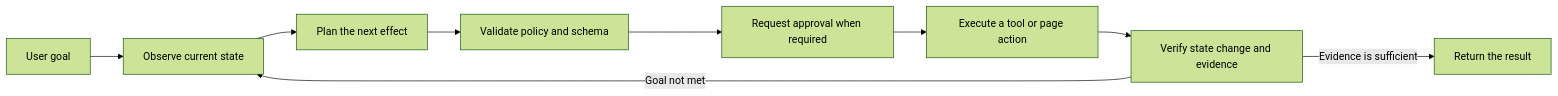
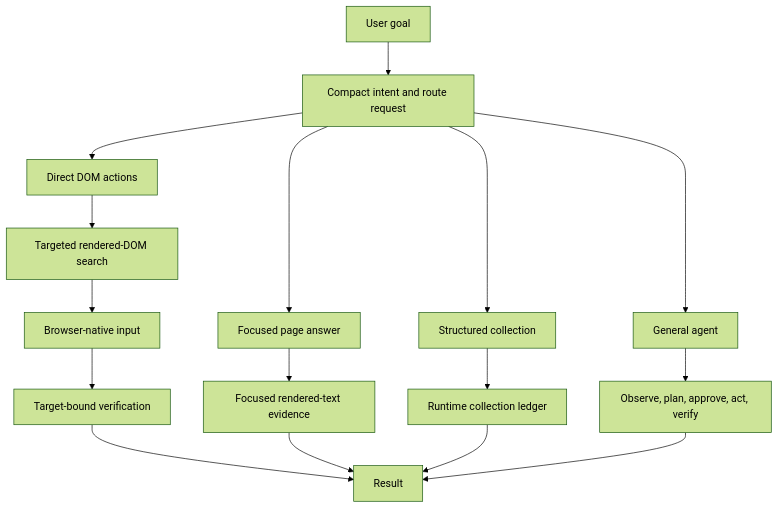
One commit to efficjump/my-assistant-web-plugin changed the first of 2 diagrams in README.md. Above: the diagram before and after it, drawn with Mermaid (forest theme). The commit also changed other lines of this file and 17 other files, not shown here.

Commit message:
Rebuild browser execution around DOM-first routing

````diff
--- a/README.md
+++ b/README.md
@@ -25,11 +25,18 @@
 ```mermaid
-flowchart LR
-    U["User goal"] --> O["Observe current state"]
-    O --> P["Plan the next effect"]
-    P --> G["Validate policy and schema"]
-    G --> A["Request approval when required"]
-    A --> E["Execute a tool or page action"]
-    E --> V["Verify state change and evidence"]
-    V -->|"Goal not met"| O
-    V -->|"Evidence is sufficient"| R["Return the result"]
+flowchart TD
+    U["User goal"] --> R["Compact intent and route request"]
+    R --> D["Direct DOM actions"]
+    R --> Q["Focused page answer"]
+    R --> C["Structured collection"]
+    R --> A["General agent"]
+    D --> S["Targeted rendered-DOM search"]
+    S --> N["Browser-native input"]
+    N --> V["Target-bound verification"]
+    Q --> F["Focused rendered-text evidence"]
+    C --> L["Runtime collection ledger"]
+    A --> O["Observe, plan, approve, act, verify"]
+    V --> X["Result"]
+    F --> X
+    L --> X
+    O --> X
 ```
````
